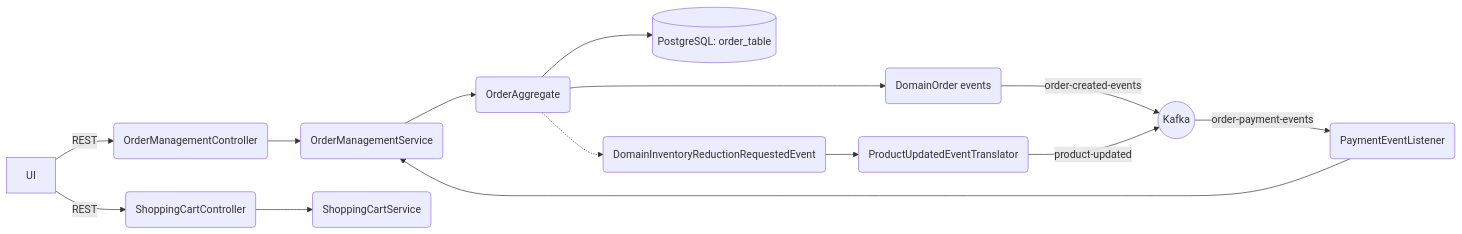
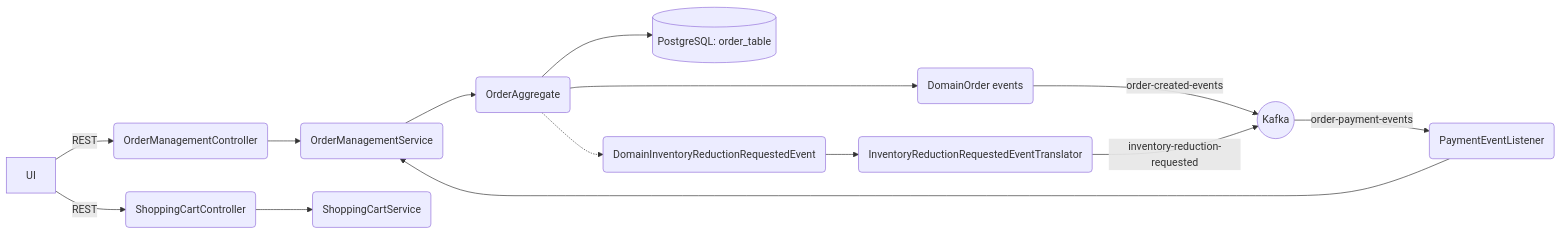
One commit to metao1/microservice-online-store changed the second of 6 diagrams in docs/ARCHITECTURE.md. Above: the diagram before and after it, drawn with Mermaid. The commit also changed other lines of this file and 258 other files, not shown here.

````diff
--- a/docs/ARCHITECTURE.md
+++ b/docs/ARCHITECTURE.md
@@ -42,16 +42,16 @@
 ```mermaid
 graph LR
     UI -->|REST| OrderAPI(OrderManagementController)
     UI -->|REST| CartAPI(ShoppingCartController)
     OrderAPI --> OrderSvc(OrderManagementService)
     CartAPI --> CartSvc(ShoppingCartService)
     OrderSvc --> OrderAgg(OrderAggregate)
     OrderAgg --> OrderRepo[(PostgreSQL: order_table)]
     OrderAgg --> OrderEvents(DomainOrder events)
     OrderEvents -->|order-created-events| Kafka((Kafka))
     Kafka -->|order-payment-events| PaymentListener(PaymentEventListener)
     PaymentListener --> OrderSvc
     OrderAgg -.-> InventoryMarker(DomainInventoryReductionRequestedEvent)
-    InventoryMarker --> ProductUpdatedTranslator(ProductUpdatedEventTranslator)
-    ProductUpdatedTranslator -->|product-updated| Kafka
+    InventoryMarker --> InventoryReductionTranslator(InventoryReductionRequestedEventTranslator)
+    InventoryReductionTranslator -->|inventory-reduction-requested| Kafka
 ```
````
